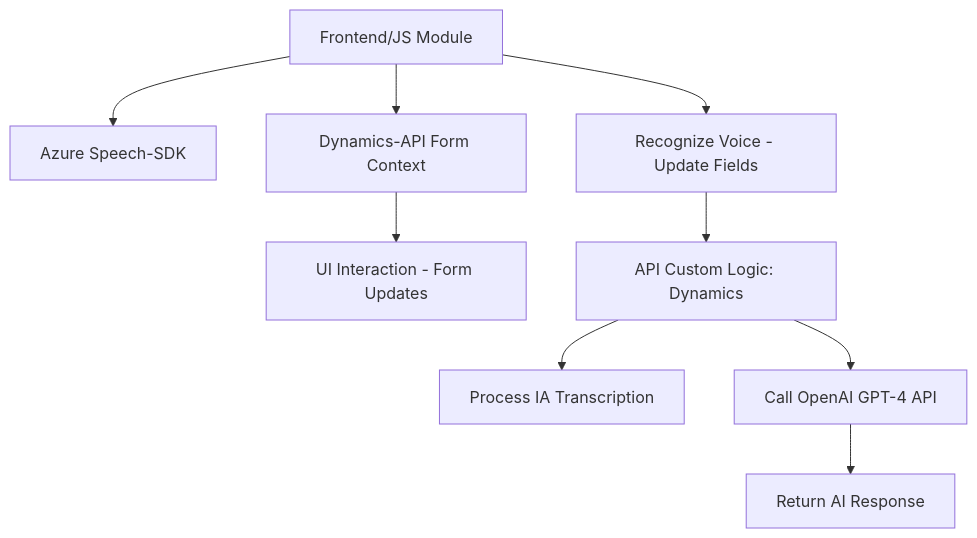
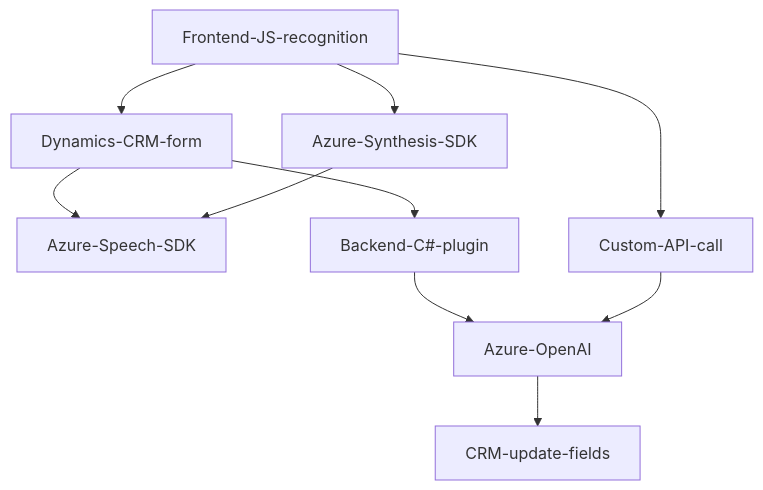
One commit to blopezdm/NETCORE_BILBAO2025 changed the diagram in README.md. Above: the diagram before and after it, drawn with Mermaid. The commit also changed other lines of this file, not shown here.

````diff
--- a/README.md
+++ b/README.md
@@ -38,11 +56,14 @@
 ```mermaid
 graph TD
-    A["Frontend/JS Module"] --> B["Azure Speech-SDK"]
-    A --> C["Dynamics-API Form Context"]
-    C --> D["UI Interaction - Form Updates"]
-    A --> E["Recognize Voice - Update Fields"]
-    E --> F["API Custom Logic: Dynamics"]
-    F --> G["Process IA Transcription"]
-    F --> H["Call OpenAI GPT-4 API"]
-    H --> I["Return AI Response"]
+    A["Frontend-JS-recognition"] --> B["Dynamics-CRM-form"]
+    B --> C["Azure-Speech-SDK"]
+    A --> D["Azure-Synthesis-SDK"]
+    D --> C
+    
+    B --> E["Backend-C#-plugin"]
+    E --> F["Azure-OpenAI"]
+    F --> G["CRM-update-fields"]
+
+    A --> H["Custom-API-call"]
+    H --> F
 ```
````
